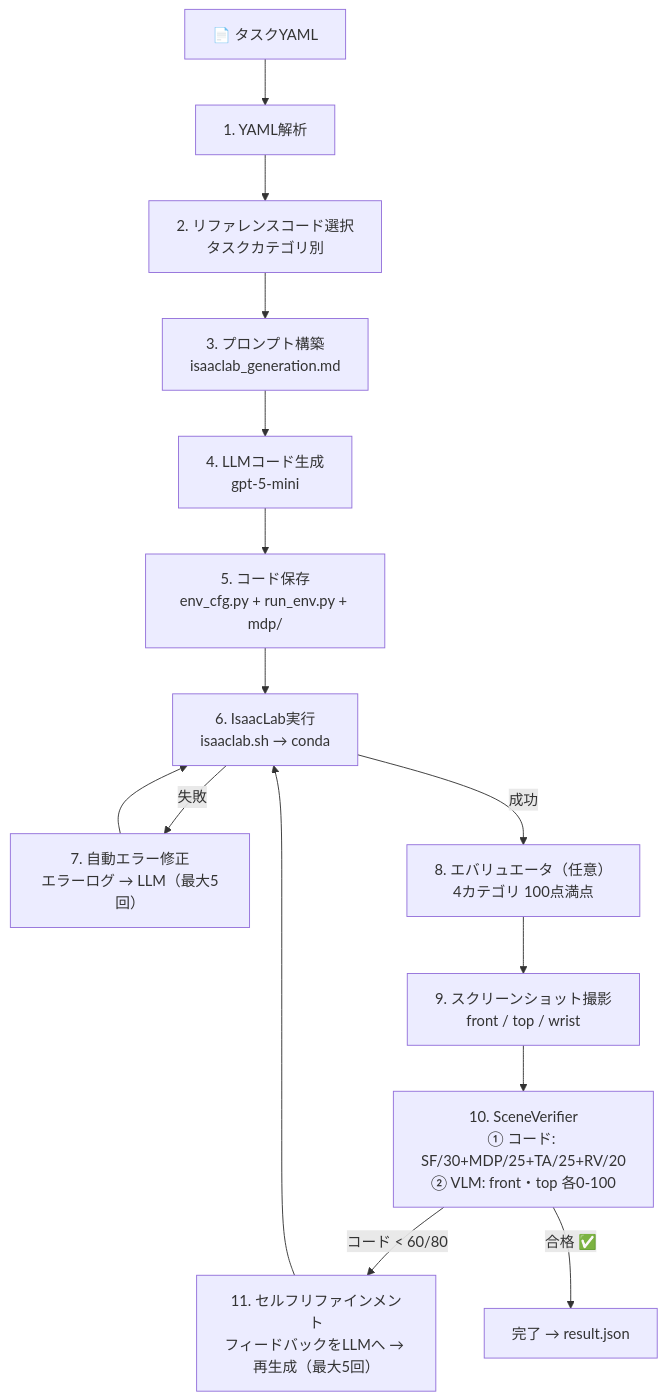
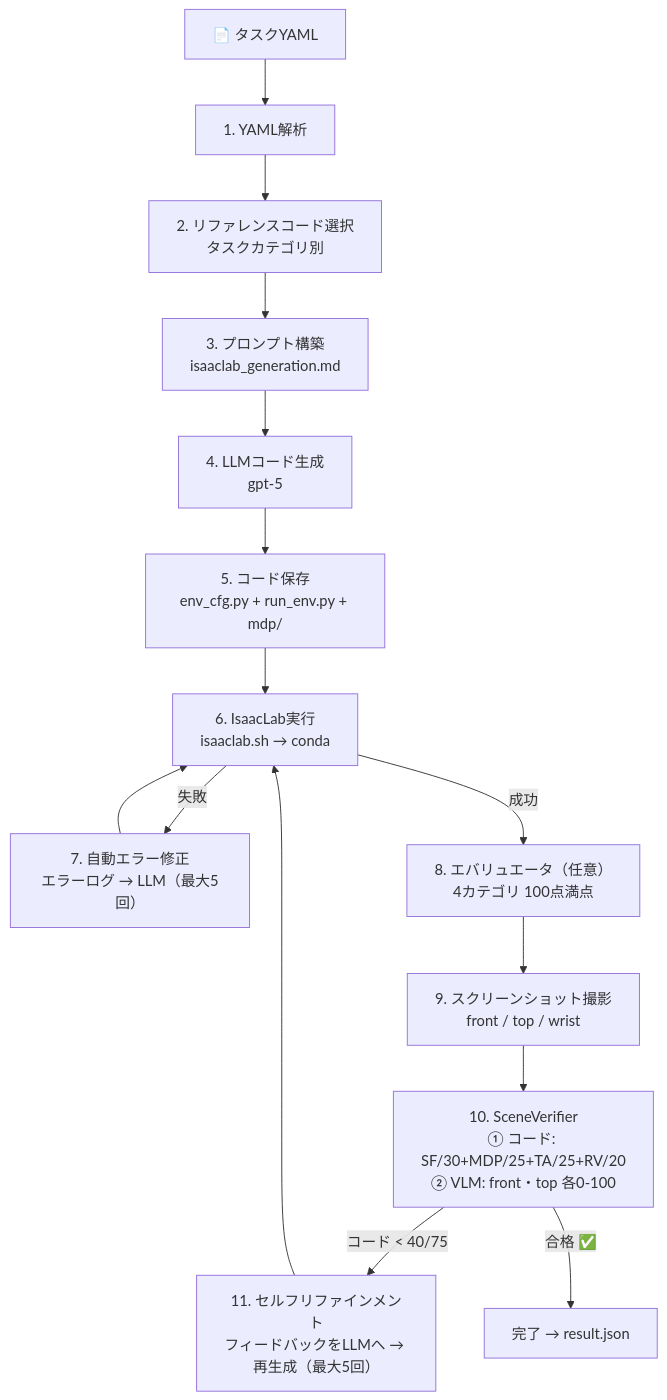
One commit to SKKU-PRISM/Simulation-Generation-Agent changed the third of 3 diagrams in docs/ja/architecture.md. Above: the diagram before and after it, drawn with Mermaid. The commit also changed other lines of this file and 9 other files, not shown here.

````diff
--- a/docs/ja/architecture.md
+++ b/docs/ja/architecture.md
@@ -79,20 +79,20 @@
 ```mermaid
 flowchart TD
     YAML["📄 タスクYAML"] --> PARSE["1. YAML解析"]
     PARSE --> REF["2. リファレンスコード選択\nタスクカテゴリ別"]
     REF --> PROMPT["3. プロンプト構築\nisaaclab_generation.md"]
-    PROMPT --> GEN["4. LLMコード生成\ngpt-5-mini"]
+    PROMPT --> GEN["4. LLMコード生成\ngpt-5"]
     GEN --> WRITE["5. コード保存\nenv_cfg.py + run_env.py + mdp/"]
     WRITE --> EXEC["6. IsaacLab実行\nisaaclab.sh → conda"]
 
     EXEC -- "失敗" --> FIX["7. 自動エラー修正\nエラーログ → LLM（最大5回）"]
     FIX --> EXEC
 
     EXEC -- "成功" --> EVAL["8. エバリュエータ（任意）\n4カテゴリ 100点満点"]
     EVAL --> CAP["9. スクリーンショット撮影\nfront / top / wrist"]
     CAP --> VER["10. SceneVerifier\n① コード: SF/30+MDP/25+TA/25+RV/20\n② VLM: front・top 各0-100"]
 
-    VER -- "コード < 60/80" --> REFINE["11. セルフリファインメント\nフィードバックをLLMへ → 再生成（最大5回）"]
+    VER -- "コード < 40/75" --> REFINE["11. セルフリファインメント\nフィードバックをLLMへ → 再生成（最大5回）"]
     REFINE --> EXEC
     VER -- "合格 ✅" --> DONE["完了 → result.json"]
 ```
````
